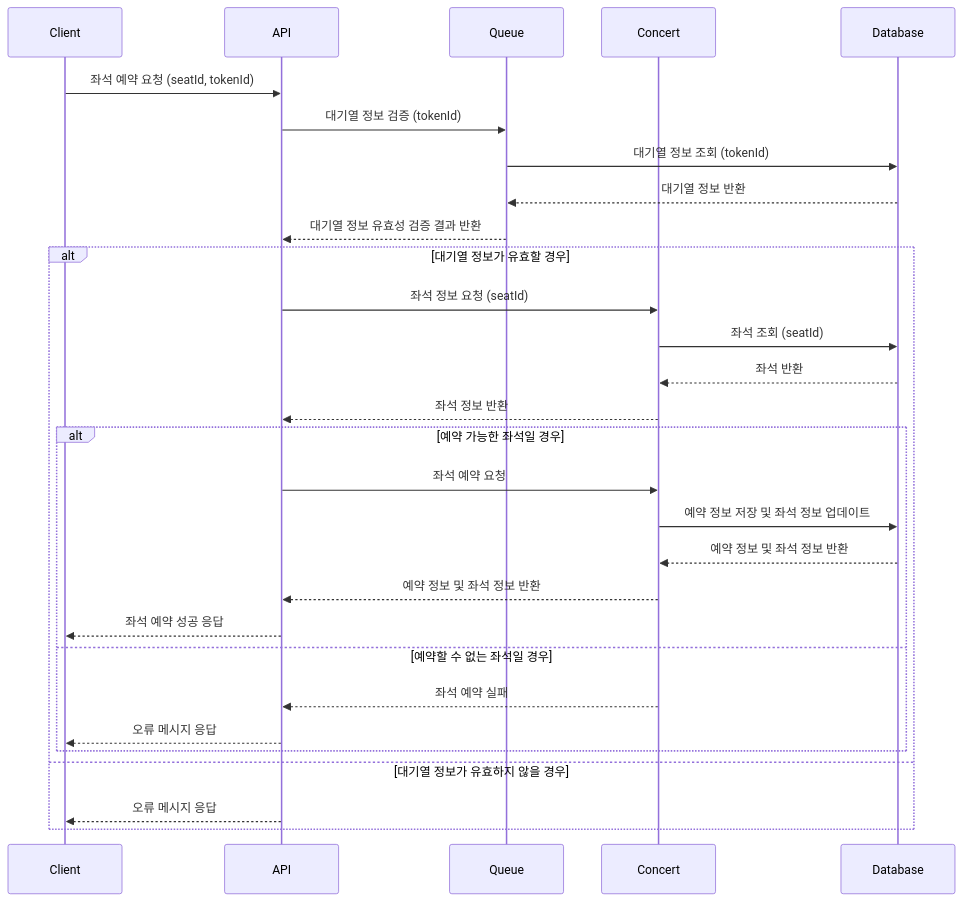
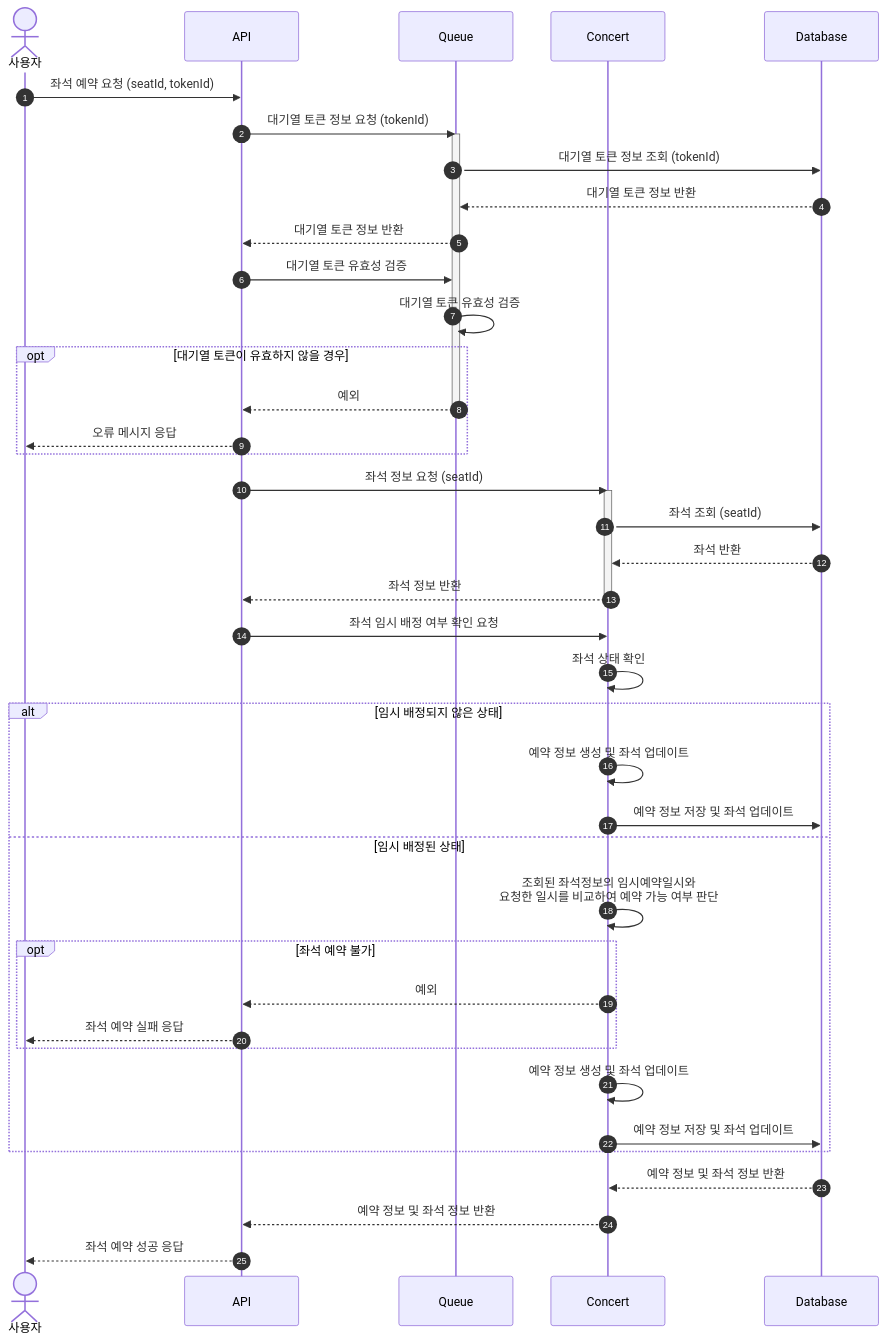
Before and after one commit to cocomongg/concert-reservation-system: the fifth of 8 diagrams in docs/SequenceDiagram.md, drawn with Mermaid. The commit also changed other lines of this file, not shown here.

Commit message:
fix: sequence diagram 수정

````diff
--- a/docs/SequenceDiagram.md
+++ b/docs/SequenceDiagram.md
@@ -122,32 +165,48 @@
 ```mermaid
 sequenceDiagram
-    participant Client
+    autonumber
+    Actor U as 사용자
     participant API
     participant Queue
     participant Concert
     participant Database
 
-    Client->>API: 좌석 예약 요청 (seatId, tokenId)
-    API->>Queue: 대기열 정보 검증 (tokenId)
-    Queue ->> Database: 대기열 정보 조회 (tokenId)
-    Database -->> Queue: 대기열 정보 반환
-    Queue -->> API: 대기열 정보 유효성 검증 결과 반환
-    alt 대기열 정보가 유효할 경우
-        API ->> Concert: 좌석 정보 요청 (seatId)
-        Concert ->> Database: 좌석 조회 (seatId)
-        Database -->> Concert: 좌석 반환
-        Concert -->> API: 좌석 정보 반환
-        alt 예약 가능한 좌석일 경우
-            API ->> Concert: 좌석 예약 요청
-            Concert ->> Database: 예약 정보 저장 및 좌석 정보 업데이트
-            Database -->> Concert: 예약 정보 및 좌석 정보 반환
-            Concert -->> API: 예약 정보 및 좌석 정보 반환
-            API -->> Client: 좌석 예약 성공 응답
-        else 예약할 수 없는 좌석일 경우
-            Concert -->> API: 좌석 예약 실패
-            API -->> Client: 오류 메시지 응답
+    U->>API: 좌석 예약 요청 (seatId, tokenId)
+    API->>Queue: 대기열 토큰 정보 요청 (tokenId)
+    activate Queue
+    Queue ->> Database: 대기열 토큰 정보 조회 (tokenId)
+    Database -->> Queue: 대기열 토큰 정보 반환
+    Queue -->> API: 대기열 토큰 정보 반환
+    API ->> Queue: 대기열 토큰 유효성 검증
+    Queue ->> Queue: 대기열 토큰 유효성 검증
+    opt 대기열 토큰이 유효하지 않을 경우
+        Queue -->> API: 예외
+        deactivate Queue
+        API -->> U: 오류 메시지 응답
+    end
+    
+    API ->> Concert: 좌석 정보 요청 (seatId)
+    activate Concert
+    Concert ->> Database: 좌석 조회 (seatId)
+    Database -->> Concert: 좌석 반환
+    Concert -->> API: 좌석 정보 반환
+    deactivate Concert
+    API ->> Concert: 좌석 임시 배정 여부 확인 요청
+    Concert ->> Concert: 좌석 상태 확인
+    alt 임시 배정되지 않은 상태
+        Concert ->> Concert: 예약 정보 생성 및 좌석 업데이트
+        Concert ->> Database: 예약 정보 저장 및 좌석 업데이트
+    else 임시 배정된 상태
+        Concert ->> Concert: 조회된 좌석정보의 임시예약일시와 <br/>요청한 일시를 비교하여 예약 가능 여부 판단
+        opt 좌석 예약 불가
+            Concert -->> API: 예외
+            API -->> U: 좌석 예약 실패 응답
         end
-    else 대기열 정보가 유효하지 않을 경우
-        API -->> Client: 오류 메시지 응답
+        Concert ->> Concert: 예약 정보 생성 및 좌석 업데이트
+        Concert ->> Database: 예약 정보 저장 및 좌석 업데이트
     end
+    Database -->> Concert: 예약 정보 및 좌석 정보 반환
+    Concert -->> API: 예약 정보 및 좌석 정보 반환
+    API -->> U: 좌석 예약 성공 응답
+
 ```
````
